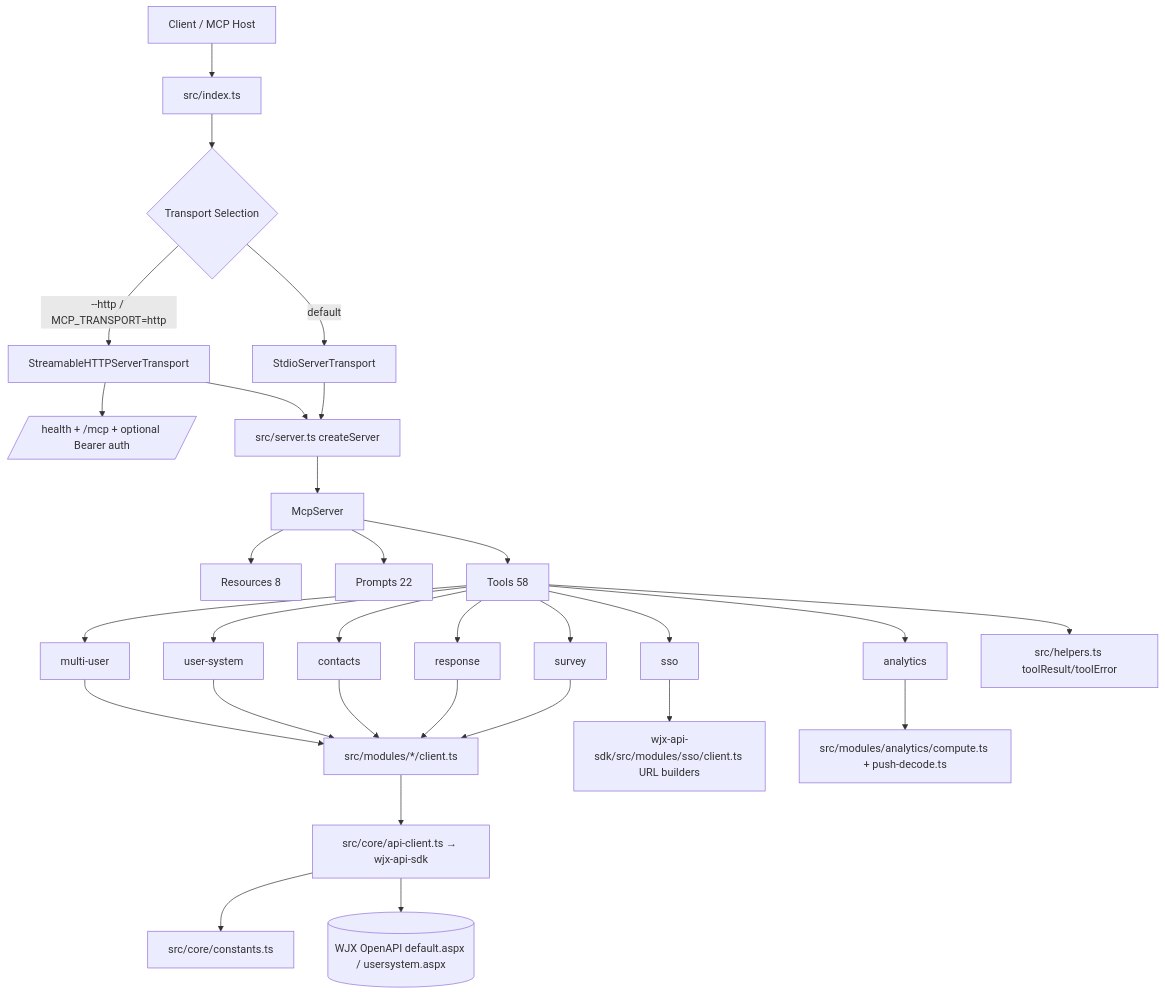
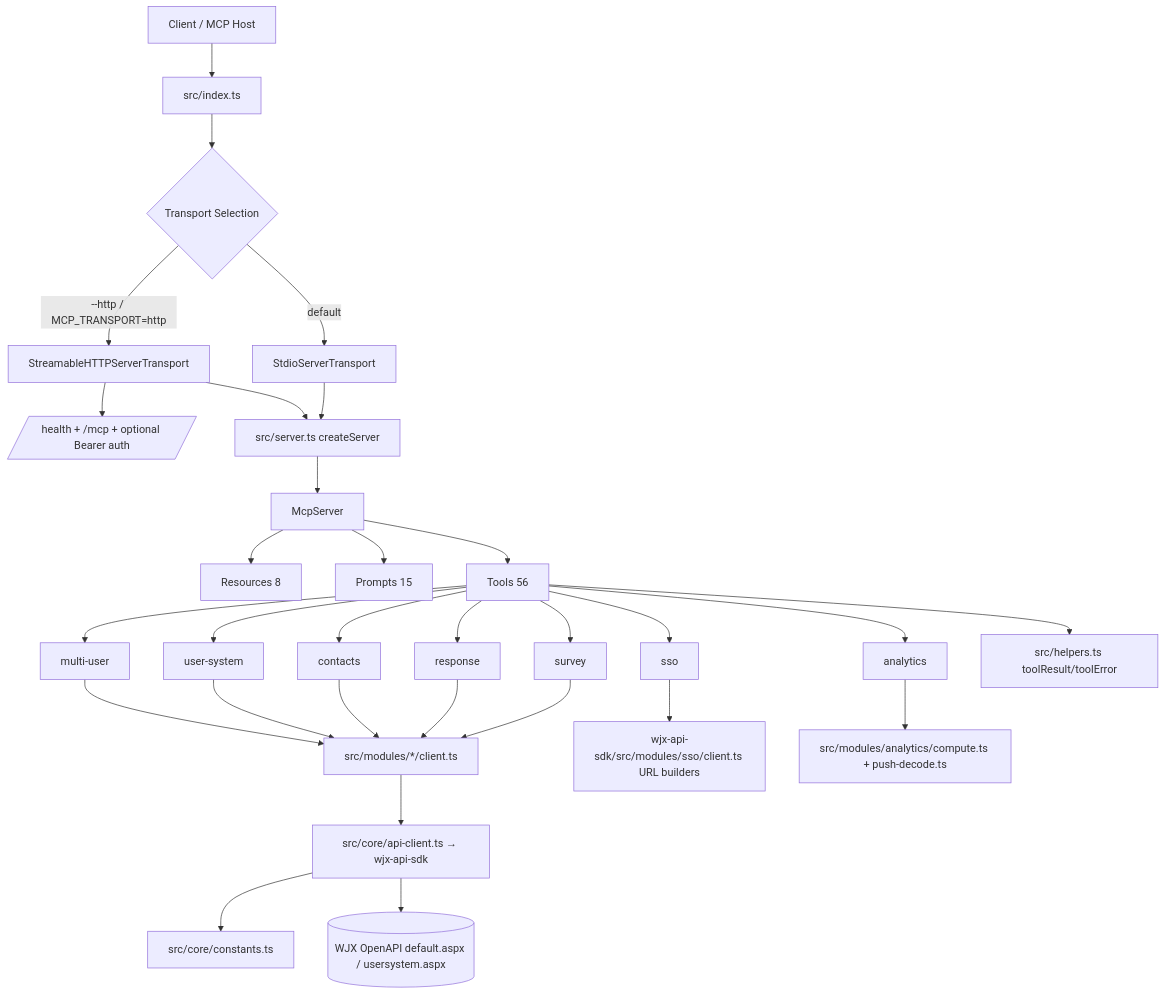
Before and after one commit to wjxcom/wjx-ai-kit: the diagram in wjx-mcp-server/docs/architecture.md, drawn with Mermaid. The commit also changed other lines of this file and 279 other files, not shown here.

Commit message:
feat: complete wjx 0.4.1 architecture and evaluation delivery

````diff
--- a/wjx-mcp-server/docs/architecture.md
+++ b/wjx-mcp-server/docs/architecture.md
@@ -18,37 +18,37 @@
 ```mermaid
 flowchart TD
     A[Client / MCP Host] --> B[src/index.ts]
     B --> C{Transport Selection}
     C -->|default| D[StdioServerTransport]
     C -->|--http / MCP_TRANSPORT=http| E[StreamableHTTPServerTransport]
     E --> E1[/health + /mcp + optional Bearer auth/]
 
     D --> F[src/server.ts createServer]
     E --> F
 
     F --> G[McpServer]
     G --> H[Resources 8]
-    G --> I[Prompts 22]
-    G --> J[Tools 58]
+    G --> I[Prompts 15]
+    G --> J[Tools 56]
 
     J --> M1[survey]
     J --> M2[response]
     J --> M3[contacts]
     J --> M4[user-system]
     J --> M5[multi-user]
     J --> M6[sso]
     J --> M7[analytics]
 
     M1 --> N1[src/modules/*/client.ts]
     M2 --> N1
     M3 --> N1
     M4 --> N1
     M5 --> N1
     N1 --> O[src/core/api-client.ts → wjx-api-sdk]
     O --> Q[src/core/constants.ts]
     O --> R[(WJX OpenAPI default.aspx / usersystem.aspx)]
 
     M6 --> S[wjx-api-sdk/src/modules/sso/client.ts URL builders]
     M7 --> T[src/modules/analytics/compute.ts + push-decode.ts]
     J --> U[src/helpers.ts toolResult/toolError]
 ```
````
